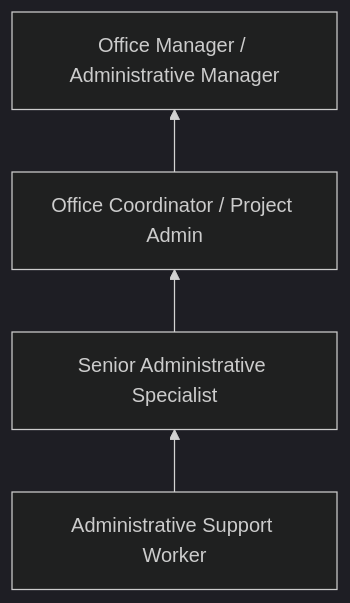
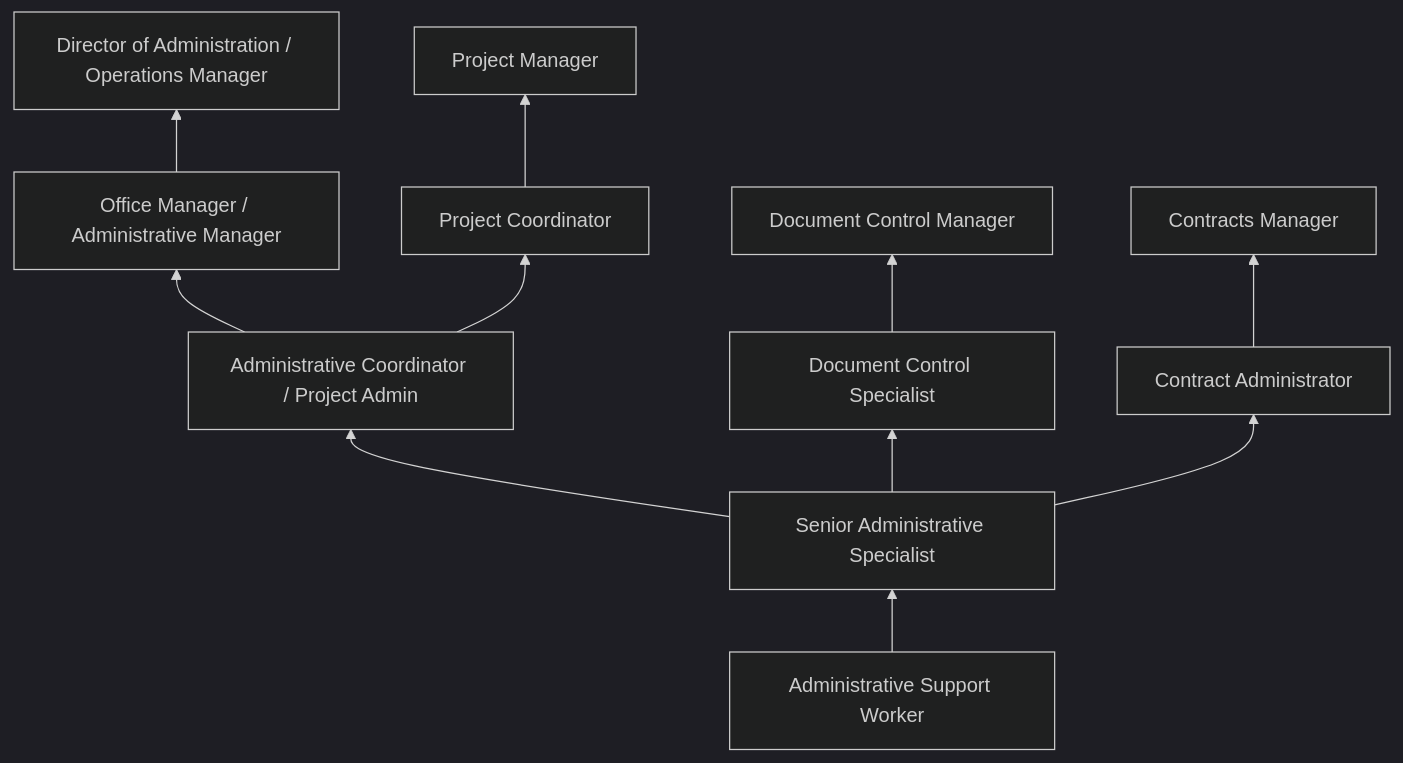
One commit to kziemski/business.org.ai changed the third of 4 diagrams in occupations/Administrative/OfficeAndAdministrativeSupportWorkers.mdx. Above: the diagram before and after it, drawn with Mermaid (dark theme). The commit also changed other lines of this file and 19 other files, not shown here.

````diff
--- a/occupations/Administrative/OfficeAndAdministrativeSupportWorkers.mdx
+++ b/occupations/Administrative/OfficeAndAdministrativeSupportWorkers.mdx
@@ -74,6 +136,16 @@
 ```mermaid
 graph BT
     Entry["Administrative Support Worker"] --> Mid["Senior Administrative Specialist"]
-    Mid --> Coordinator["Office Coordinator / Project Admin"]
+    Mid --> Coordinator["Administrative Coordinator / Project Admin"]
     Coordinator --> Manager["Office Manager / Administrative Manager"]
+    Manager --> Director["Director of Administration / Operations Manager"]
+
+    Mid --> DocControl["Document Control Specialist"]
+    DocControl --> DocMgr["Document Control Manager"]
+
+    Coordinator --> ProjectCoord["Project Coordinator"]
+    ProjectCoord --> PM["Project Manager"]
+
+    Mid --> ContractAdmin["Contract Administrator"]
+    ContractAdmin --> ContractsMgr["Contracts Manager"]
 ```
````
